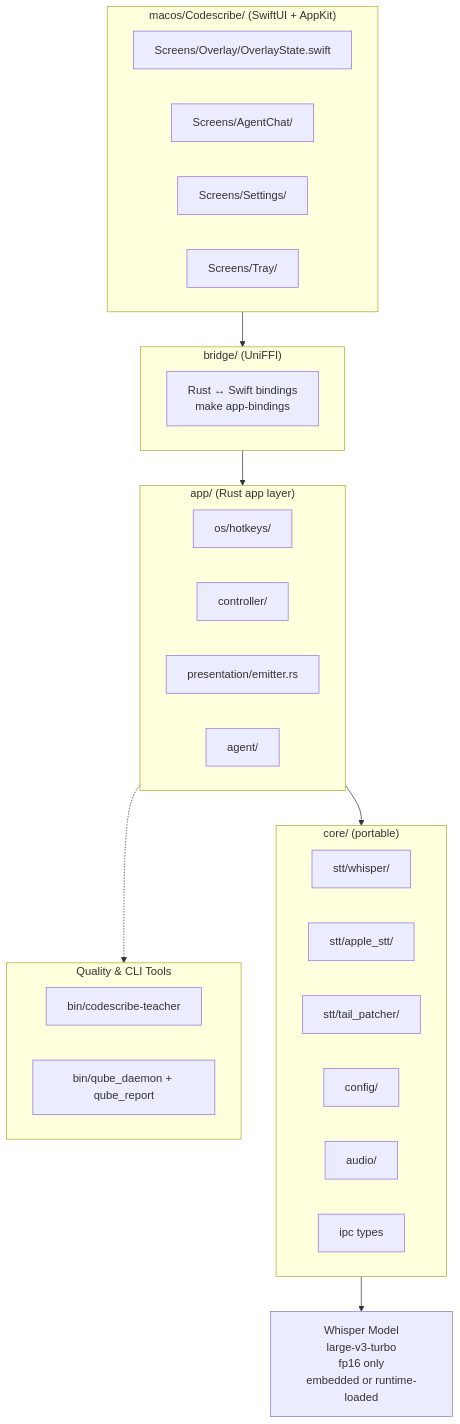
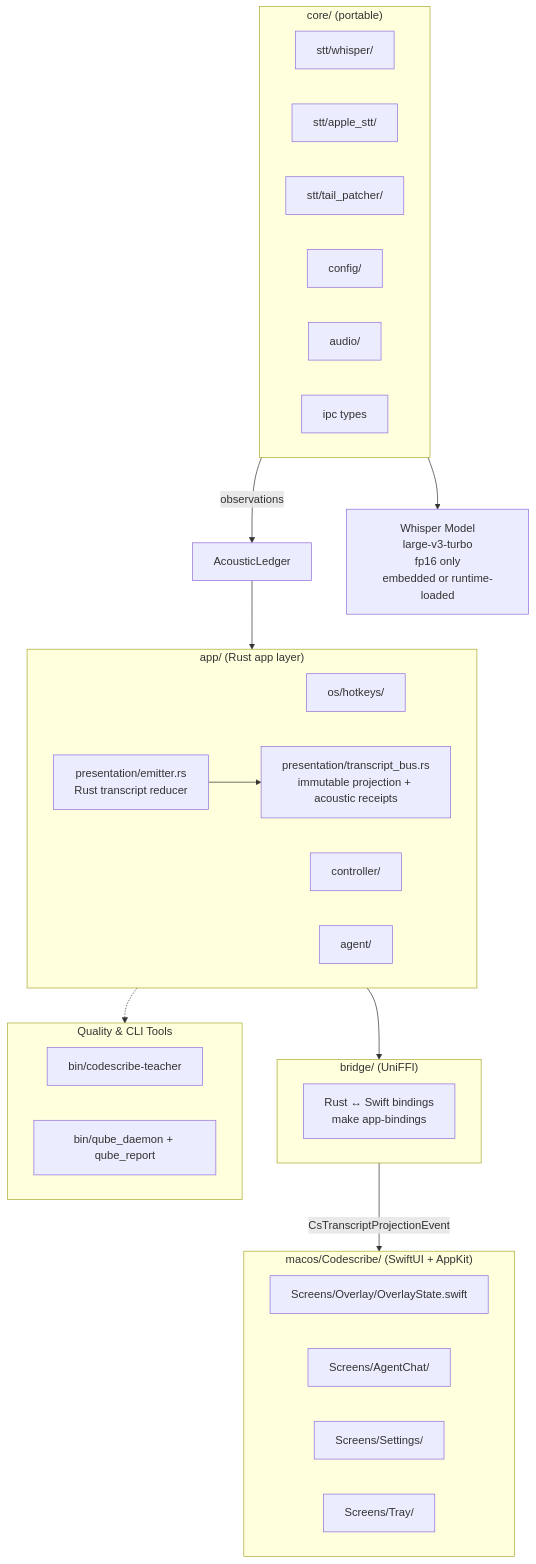
One commit to vetcoders/codescribe changed the diagram in docs/ARCHITECTURE.md. Above: the diagram before and after it, drawn with Mermaid. The commit also changed other lines of this file and 3 other files, not shown here.

````diff
--- a/docs/ARCHITECTURE.md
+++ b/docs/ARCHITECTURE.md
@@ -72,47 +80,50 @@
 ```mermaid
 flowchart TB
     %% High-level packaging / layers
 
     subgraph UI["macos/Codescribe/ (SwiftUI + AppKit)"]
         direction LR
         OVERLAY[Screens/Overlay/OverlayState.swift]
         CHAT[Screens/AgentChat/]
         SETTINGS[Screens/Settings/]
         TRAY[Screens/Tray/]
     end
 
     subgraph BRIDGE["bridge/ (UniFFI)"]
         FFI[Rust ↔ Swift bindings\nmake app-bindings]
     end
 
     subgraph APP["app/ (Rust app layer)"]
         direction LR
         HK[os/hotkeys/]
         CTRL[controller/]
-        PRES[presentation/emitter.rs]
+        PRES[presentation/emitter.rs\nRust transcript reducer]
+        BUS[presentation/transcript_bus.rs\nimmutable projection + acoustic receipts]
         AGENT[agent/]
     end
 
     subgraph CORE["core/ (portable)"]
         direction LR
         WH[stt/whisper/]
         APPLE[stt/apple_stt/]
         TAIL[stt/tail_patcher/]
         CO[config/]
         AU[audio/]
         IPC_CORE[ipc types]
     end
 
-    UI --> BRIDGE
-    BRIDGE --> APP
-    APP --> CORE
+    CORE -->|observations| LEDGER[AcousticLedger]
+    LEDGER --> PRES
+    PRES --> BUS
+    BUS --> BRIDGE
+    BRIDGE -->|CsTranscriptProjectionEvent| UI
 
     WH --> MODEL[Whisper Model\nlarge-v3-turbo\nfp16 only\nembedded or runtime-loaded]
 
     subgraph TOOLS[Quality & CLI Tools]
         TEACH[bin/codescribe-teacher]
         QUBE[bin/qube_daemon + qube_report]
     end
 
     APP -.-> TOOLS
 ```
````
